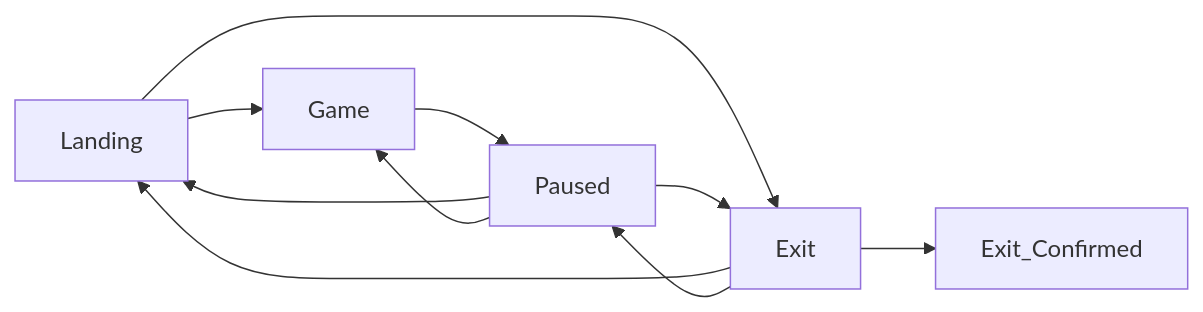
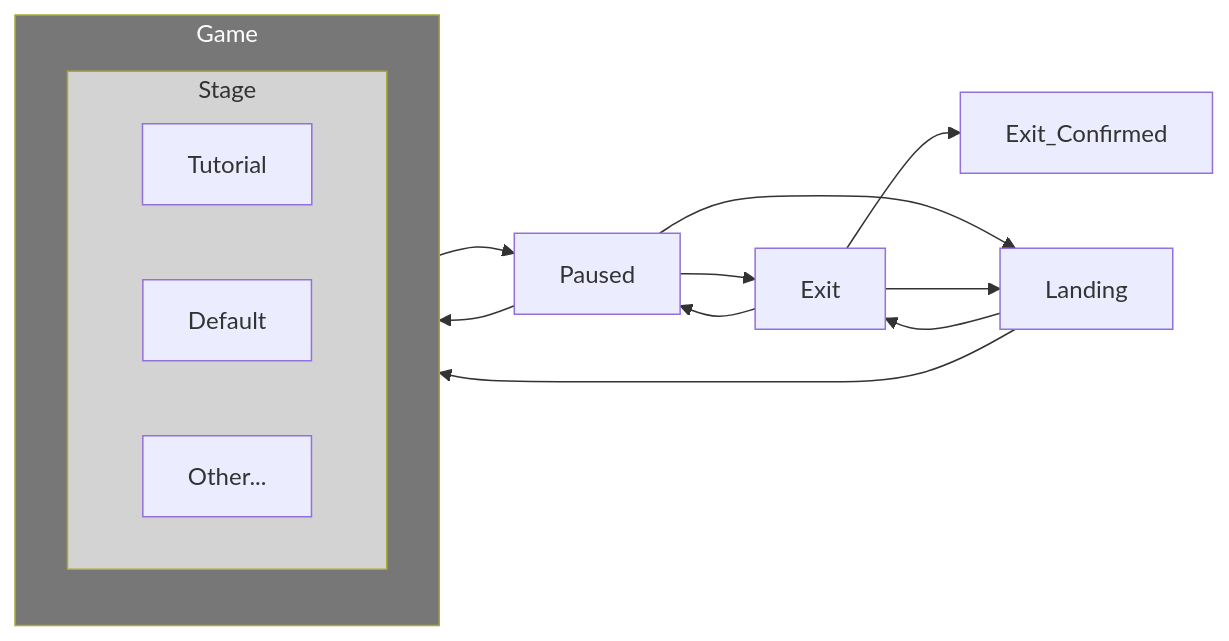
Before and after one commit to entitycs/WaMBaM: the first of 2 diagrams in docs/indev.md, drawn with Mermaid. The commit also changed other lines of this file and 53 other files, not shown here.

First line of the commit message:
Feature:Refactor: refactor arena and menu systems to include 'game' and 'tutorial'

````diff
--- a/docs/indev.md
+++ b/docs/indev.md
@@ -5,7 +5,21 @@
 ```mermaid
 flowchart LR
-Landing --> Game & Exit
+
+subgraph Stage
+    Tutorial
+    Default
+    Other...
+end
+
+subgraph Game[Game]
+Stage:::subg
+end
+
+Landing --> Game:::subg2 & Exit
 Game --> Paused
 Paused --> Exit & Landing & Game
 Exit --> Exit_Confirmed & Landing & Paused
+
+classDef subg fill:lightgrey
+classDef subg2 fill:#777, color:white
 ```
````
